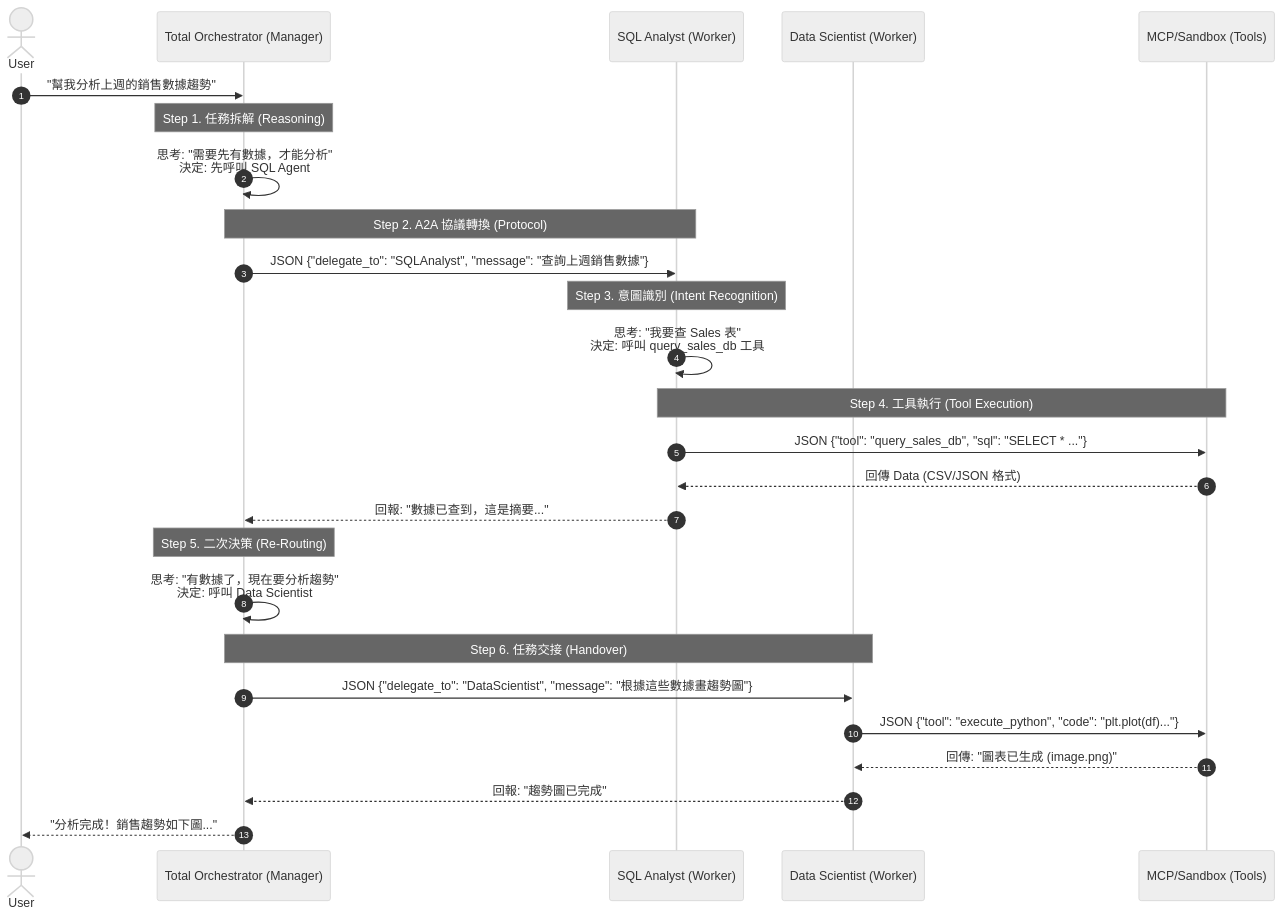
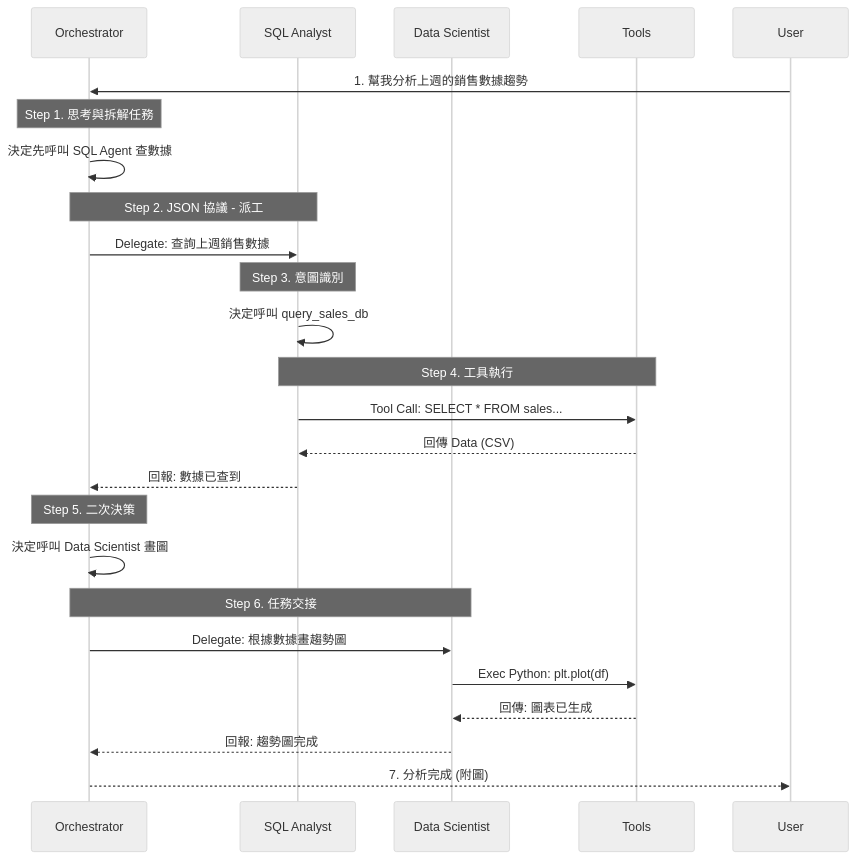
The diagram in README.md (RainLi0707/ai_practice), drawn with Mermaid (neutral theme) before and after one commit. The commit also changed other lines of this file, not shown here.

````diff
--- a/README.md
+++ b/README.md
@@ -63,38 +59,36 @@
 ```mermaid
 sequenceDiagram
-    autonumber
-    actor User
-    participant Orch as Total Orchestrator (Manager)
-    participant SQL as SQL Analyst (Worker)
-    participant Data as Data Scientist (Worker)
-    participant MCP as MCP/Sandbox (Tools)
+    participant Orch as Orchestrator
+    participant SQL as SQL Analyst
+    participant Data as Data Scientist
+    participant MCP as Tools
 
-    User->>Orch: "幫我分析上週的銷售數據趨勢"
+    User->>Orch: 1. 幫我分析上週的銷售數據趨勢
     
-    Note over Orch: Step 1. 任務拆解 (Reasoning)
-    Orch->>Orch: 思考: "需要先有數據，才能分析"<br/>決定: 先呼叫 SQL Agent
+    Note over Orch: Step 1. 思考與拆解任務
+    Orch->>Orch: 決定先呼叫 SQL Agent 查數據
     
-    Note over Orch, SQL: Step 2. A2A 協議轉換 (Protocol)
-    Orch->>SQL: JSON {"delegate_to": "SQLAnalyst", "message": "查詢上週銷售數據"}
+    Note over Orch, SQL: Step 2. JSON 協議 - 派工
+    Orch->>SQL: Delegate: 查詢上週銷售數據
     
-    Note over SQL: Step 3. 意圖識別 (Intent Recognition)
-    SQL->>SQL: 思考: "我要查 Sales 表"<br/>決定: 呼叫 query_sales_db 工具
+    Note over SQL: Step 3. 意圖識別
+    SQL->>SQL: 決定呼叫 query_sales_db
     
-    Note over SQL, MCP: Step 4. 工具執行 (Tool Execution)
-    SQL->>MCP: JSON {"tool": "query_sales_db", "sql": "SELECT * ..."}
-    MCP-->>SQL: 回傳 Data (CSV/JSON 格式)
+    Note over SQL, MCP: Step 4. 工具執行
+    SQL->>MCP: Tool Call: SELECT * FROM sales...
+    MCP-->>SQL: 回傳 Data (CSV)
     
-    SQL-->>Orch: 回報: "數據已查到，這是摘要..."
+    SQL-->>Orch: 回報: 數據已查到
     
-    Note over Orch: Step 5. 二次決策 (Re-Routing)
-    Orch->>Orch: 思考: "有數據了，現在要分析趨勢"<br/>決定: 呼叫 Data Scientist
+    Note over Orch: Step 5. 二次決策
+    Orch->>Orch: 決定呼叫 Data Scientist 畫圖
     
-    Note over Orch, Data: Step 6. 任務交接 (Handover)
-    Orch->>Data: JSON {"delegate_to": "DataScientist", "message": "根據這些數據畫趨勢圖"}
+    Note over Orch, Data: Step 6. 任務交接
+    Orch->>Data: Delegate: 根據數據畫趨勢圖
     
-    Data->>MCP: JSON {"tool": "execute_python", "code": "plt.plot(df)..."}
-    MCP-->>Data: 回傳: "圖表已生成 (image.png)"
+    Data->>MCP: Exec Python: plt.plot(df)
+    MCP-->>Data: 回傳: 圖表已生成
     
-    Data-->>Orch: 回報: "趨勢圖已完成"
-    Orch-->>User: "分析完成！銷售趨勢如下圖..."
+    Data-->>Orch: 回報: 趨勢圖完成
+    Orch-->>User: 7. 分析完成 (附圖)
 ```
````
